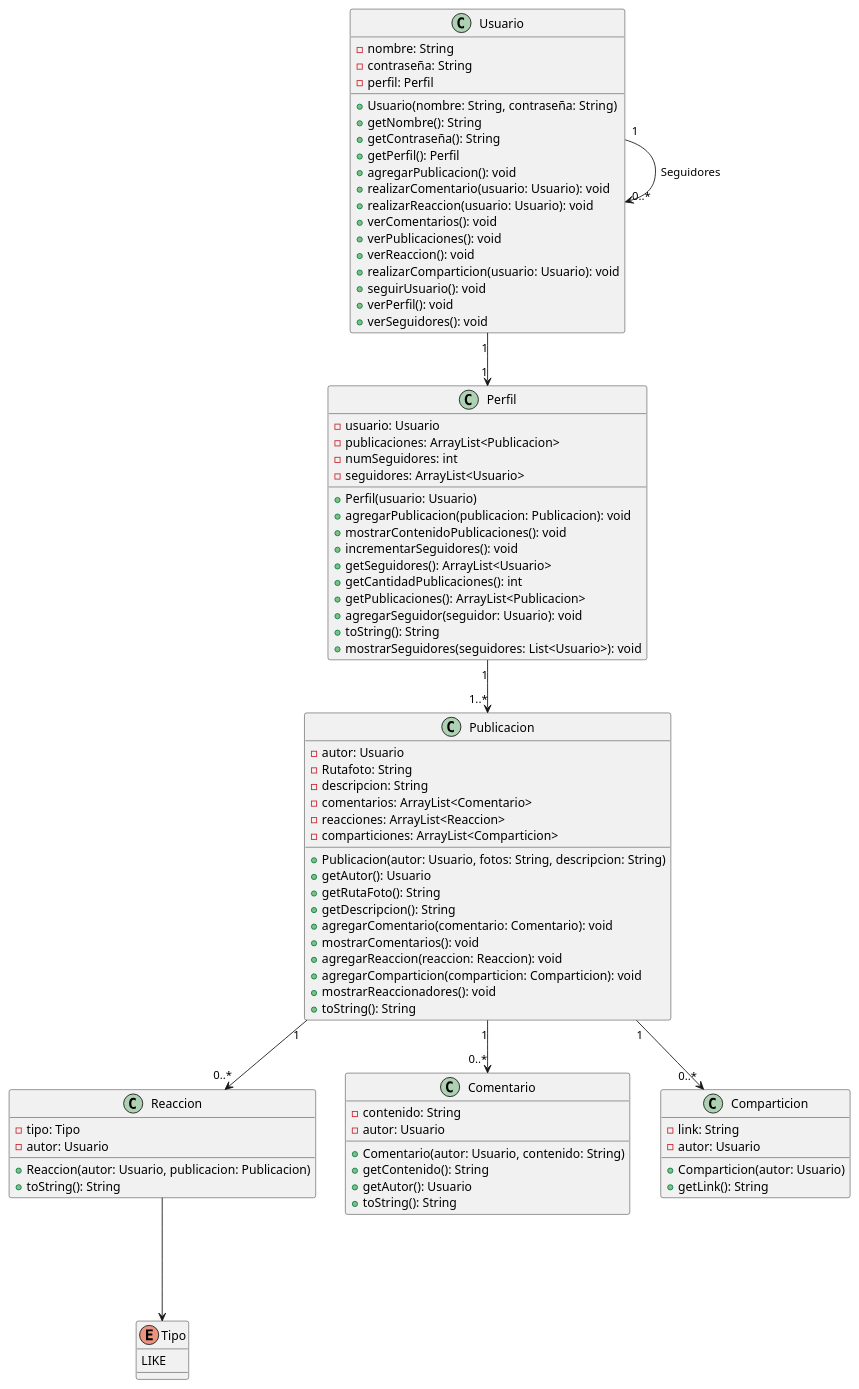
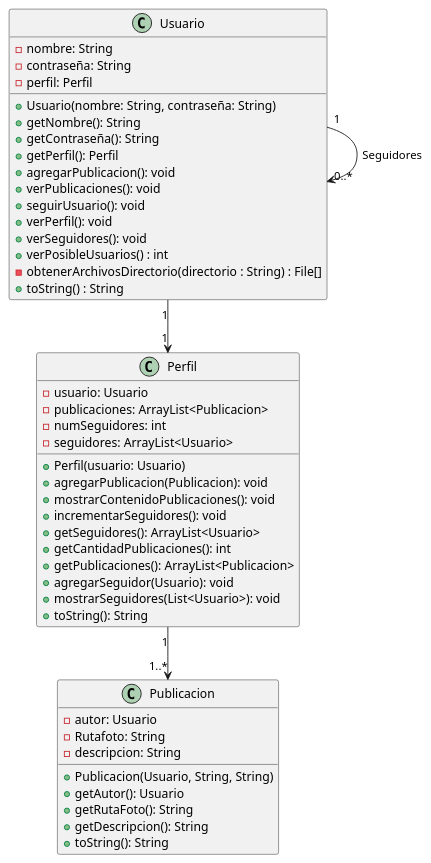
One commit to eddyarias/Proyecto_IB_MetodologiasAgiles changed the diagram in XP/Coding/Instagram/out/production/Instagram/Instagram.puml. Above: the diagram before and after it, drawn with PlantUML. The commit also changed other lines of this file and 22 other files, not shown here.

```diff
--- a/XP/Coding/Instagram/out/production/Instagram/Instagram.puml
+++ b/XP/Coding/Instagram/out/production/Instagram/Instagram.puml
@@ -1,94 +1,53 @@
 @startuml
 
 class Usuario {
   -nombre: String
   -contraseña: String
   -perfil: Perfil
   +Usuario(nombre: String, contraseña: String)
   +getNombre(): String
   +getContraseña(): String
   +getPerfil(): Perfil
   +agregarPublicacion(): void
-  +realizarComentario(usuario: Usuario): void
-  +realizarReaccion(usuario: Usuario): void
-  +verComentarios(): void
   +verPublicaciones(): void
-  +verReaccion(): void
-  +realizarComparticion(usuario: Usuario): void
   +seguirUsuario(): void
   +verPerfil(): void
   +verSeguidores(): void
+  + verPosibleUsuarios() : int
+  - obtenerArchivosDirectorio(directorio : String) : File[]
+  + toString() : String
 }
 
 class Perfil {
   -usuario: Usuario
   -publicaciones: ArrayList<Publicacion>
   -numSeguidores: int
   -seguidores: ArrayList<Usuario>
   +Perfil(usuario: Usuario)
-  +agregarPublicacion(publicacion: Publicacion): void
+  +agregarPublicacion(Publicacion): void
   +mostrarContenidoPublicaciones(): void
   +incrementarSeguidores(): void
   +getSeguidores(): ArrayList<Usuario>
   +getCantidadPublicaciones(): int
   +getPublicaciones(): ArrayList<Publicacion>
-  +agregarSeguidor(seguidor: Usuario): void
+  +agregarSeguidor(Usuario): void
+  +mostrarSeguidores(List<Usuario>): void
   +toString(): String
-  +mostrarSeguidores(seguidores: List<Usuario>): void
 }
 
 class Publicacion {
   -autor: Usuario
   -Rutafoto: String
   -descripcion: String
-  -comentarios: ArrayList<Comentario>
-  -reacciones: ArrayList<Reaccion>
-  -comparticiones: ArrayList<Comparticion>
-  +Publicacion(autor: Usuario, fotos: String, descripcion: String)
+  +Publicacion(Usuario, String, String)
   +getAutor(): Usuario
   +getRutaFoto(): String
   +getDescripcion(): String
-  +agregarComentario(comentario: Comentario): void
-  +mostrarComentarios(): void
-  +agregarReaccion(reaccion: Reaccion): void
-  +agregarComparticion(comparticion: Comparticion): void
-  +mostrarReaccionadores(): void
   +toString(): String
-}
-
-class Reaccion {
-  -tipo: Tipo
-  -autor: Usuario
-  +Reaccion(autor: Usuario, publicacion: Publicacion)
-  +toString(): String
-}
-
-enum Tipo {
-  LIKE
-}
-
-class Comentario {
-  -contenido: String
-  -autor: Usuario
-  +Comentario(autor: Usuario, contenido: String)
-  +getContenido(): String
-  +getAutor(): Usuario
-  +toString(): String
-}
-
-class Comparticion {
-  -link: String
-  -autor: Usuario
-  +Comparticion(autor: Usuario)
-  +getLink(): String
 }
 
 Usuario "1" --> "1" Perfil
 Perfil "1" --> "1..*" Publicacion
-Publicacion "1" --> "0..*" Comentario
-Publicacion "1" --> "0..*" Reaccion
-Publicacion "1" --> "0..*" Comparticion
 Usuario "1" --> "0..*" Usuario:Seguidores
-Reaccion ---> Tipo
 
 @enduml
```
